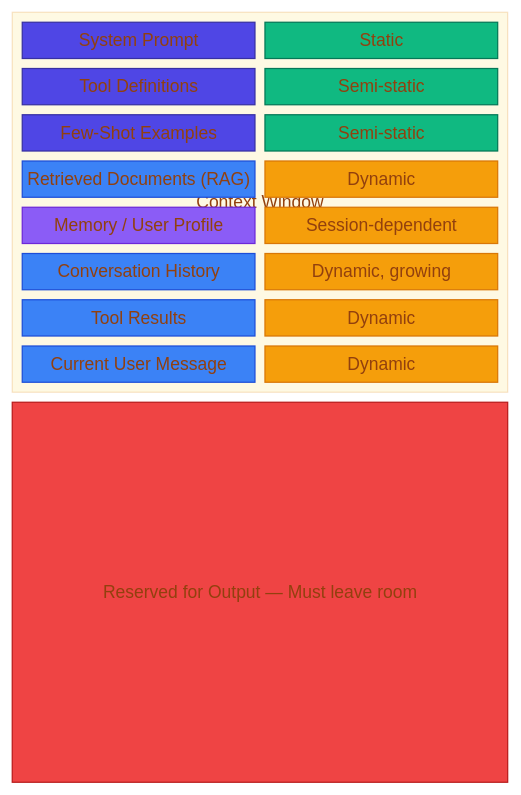
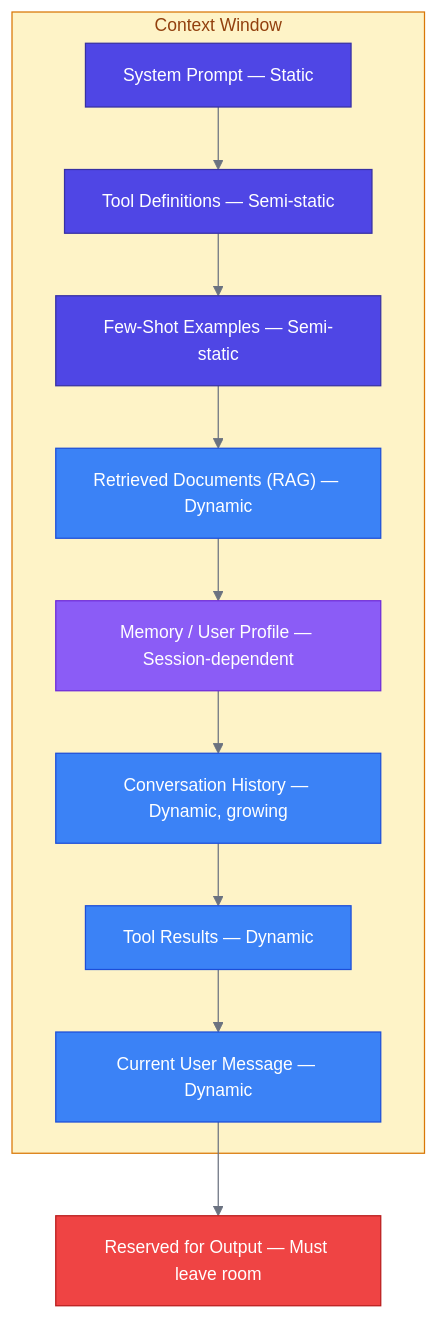
The fourth of 4 diagrams in appendix/B-ai-agent-orchestration.md (gheniabla/BuildingProductionAISystems), drawn with Mermaid before and after one commit. The commit also changed other lines of this file and 7 other files, not shown here.

First line of the commit message:
Fix broken mermaid diagrams: escape parens, replace block-beta, connect orphan nodes

````diff
--- a/appendix/B-ai-agent-orchestration.md
+++ b/appendix/B-ai-agent-orchestration.md
@@ -716,31 +716,25 @@
 ```mermaid
 %%{init: {'theme': 'base', 'themeVariables': {'primaryColor': '#4F46E5', 'primaryTextColor': '#FFFFFF', 'primaryBorderColor': '#3730A3', 'secondaryColor': '#D1FAE5', 'secondaryTextColor': '#065F46', 'secondaryBorderColor': '#059669', 'tertiaryColor': '#FEF3C7', 'tertiaryTextColor': '#92400E', 'tertiaryBorderColor': '#D97706', 'lineColor': '#6B7280', 'textColor': '#1F2937', 'fontSize': '14px'}}}%%
-block-beta
-    columns 1
-    block:window["Context Window"]
-        columns 2
-        SP["System Prompt"]:1 SL["Static"]:1
-        TD["Tool Definitions"]:1 SS1["Semi-static"]:1
-        FS["Few-Shot Examples"]:1 SS2["Semi-static"]:1
-        RD["Retrieved Documents (RAG)"]:1 DY1["Dynamic"]:1
-        MU["Memory / User Profile"]:1 SD["Session-dependent"]:1
-        CH["Conversation History"]:1 DY2["Dynamic, growing"]:1
-        TR["Tool Results"]:1 DY3["Dynamic"]:1
-        CM["Current User Message"]:1 DY4["Dynamic"]:1
+flowchart TD
+    subgraph window ["Context Window"]
+        SP["System Prompt — Static"]:::service
+        TD["Tool Definitions — Semi-static"]:::service
+        FS["Few-Shot Examples — Semi-static"]:::service
+        RD["Retrieved Documents #40;RAG#41; — Dynamic"]:::client
+        MU["Memory / User Profile — Session-dependent"]:::observability
+        CH["Conversation History — Dynamic, growing"]:::client
+        TR["Tool Results — Dynamic"]:::client
+        CM["Current User Message — Dynamic"]:::client
+
+        SP --> TD --> FS --> RD --> MU --> CH --> TR --> CM
     end
-    RO["Reserved for Output — Must leave room"]
+
+    CM --> RO["Reserved for Output — Must leave room"]:::gateway
 
     classDef client fill:#3B82F6,stroke:#1D4ED8,color:#FFFFFF
     classDef gateway fill:#EF4444,stroke:#B91C1C,color:#FFFFFF
     classDef service fill:#4F46E5,stroke:#3730A3,color:#FFFFFF
     classDef data fill:#10B981,stroke:#047857,color:#FFFFFF
     classDef external fill:#F59E0B,stroke:#D97706,color:#FFFFFF
     classDef observability fill:#8B5CF6,stroke:#6D28D9,color:#FFFFFF
-
-    class SP,TD,FS service
-    class RD,CH,TR,CM client
-    class MU observability
-    class RO gateway
-    class SL,SS1,SS2 data
-    class DY1,DY2,DY3,DY4,SD external
 ```
````
